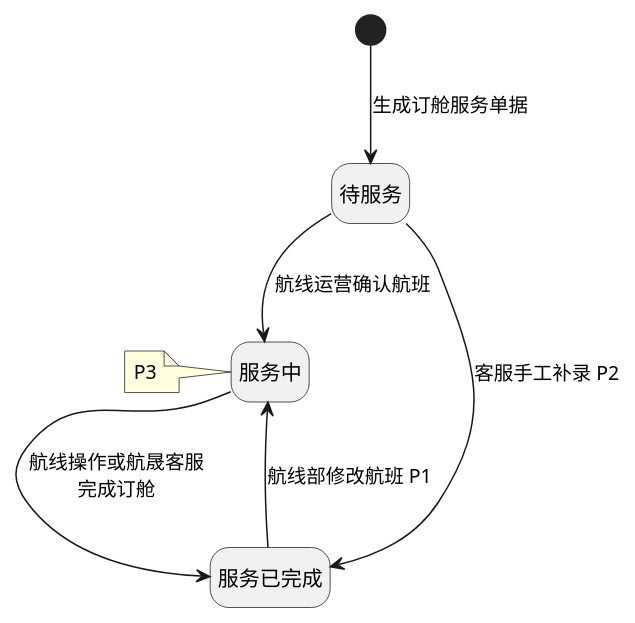
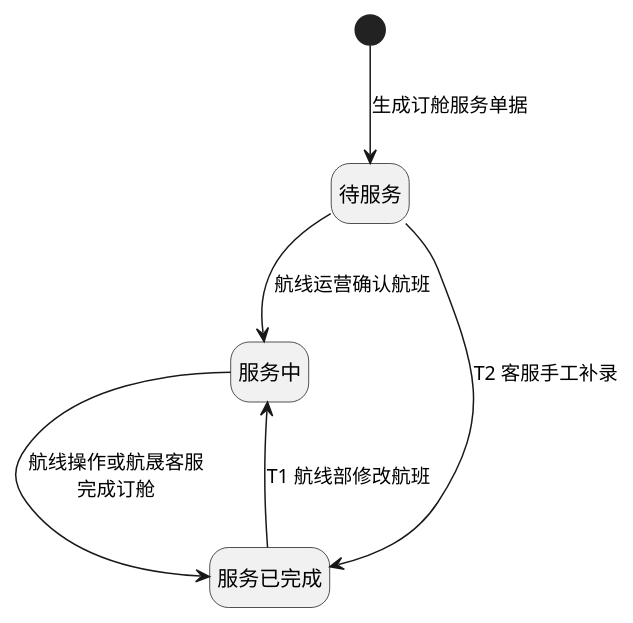
One commit to jack888332/projects-doc changed the diagram in product-caliber/goldjet/segmented-prd/PRD.高捷物流系统一期.第010篇.空运-订舱管理.6A0360EC35.md. Above: the diagram before and after it, drawn with PlantUML. The commit also changed other lines of this file and 24 other files, not shown here.

````diff
--- a/product-caliber/goldjet/segmented-prd/PRD.高捷物流系统一期.第010篇.空运-订舱管理.6A0360EC35.md
+++ b/product-caliber/goldjet/segmented-prd/PRD.高捷物流系统一期.第010篇.空运-订舱管理.6A0360EC35.md
@@ -136,14 +136,13 @@
 ```plantuml
 @startuml goldjet-010-state-booking
 hide empty description
 state "待服务" as Waiting
 state "服务中" as Serving
 state "服务已完成" as Completed
 [*] --> Waiting : 生成订舱服务单据
 Waiting --> Serving : 航线运营确认航班
 Serving --> Completed : 航线操作或航晟客服\n完成订舱
-Completed --> Serving : 航线部修改航班 P1
-Waiting --> Completed : 客服手工补录 P2
-note left of Serving : P3
+Completed --> Serving : T1 航线部修改航班
+Waiting --> Completed : T2 客服手工补录
 @enduml
 ```
````
